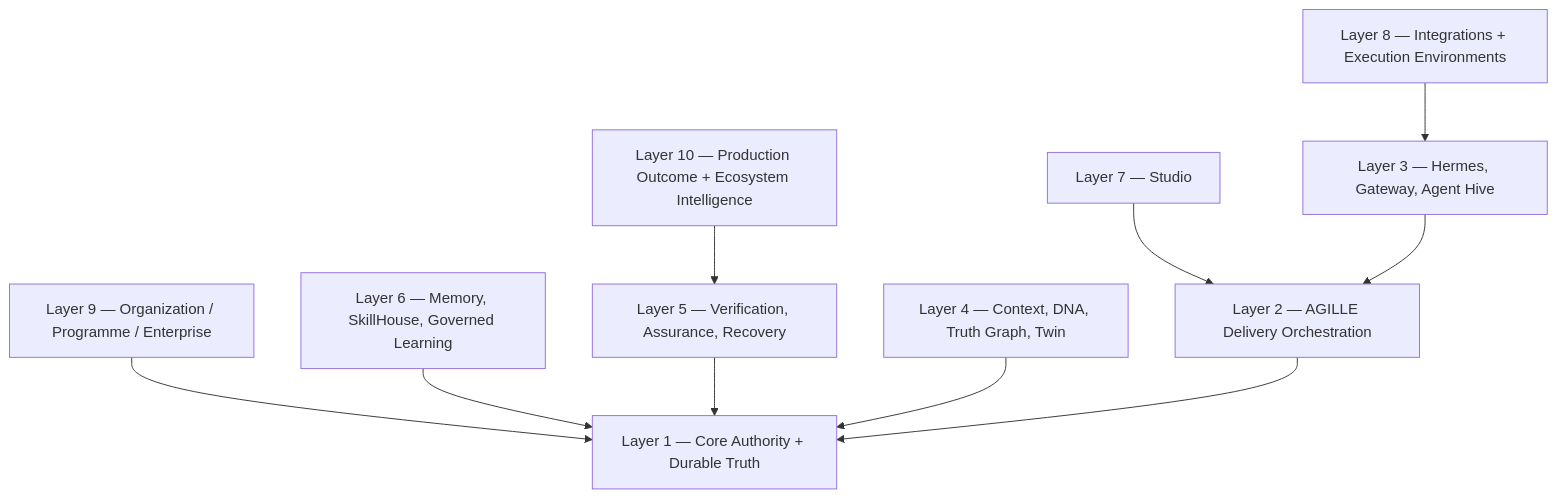
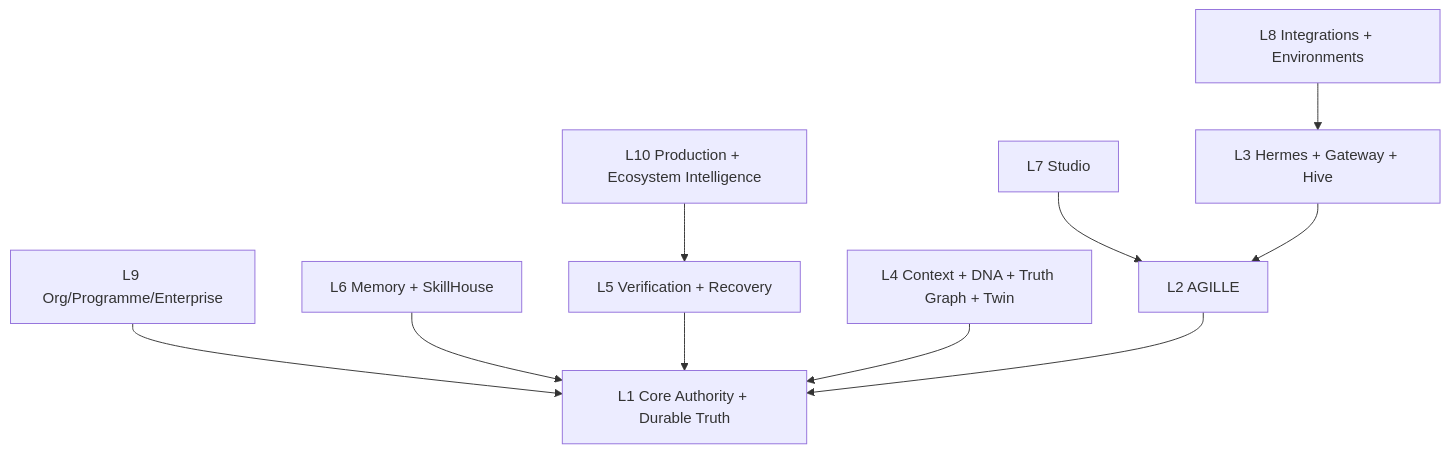
One commit to wepld/wepld changed the first of 2 diagrams in docs/strategy/WEPLD_Product_Architecture_Map.md. Above: the diagram before and after it, drawn with Mermaid. The commit also changed other lines of this file and 7 other files, not shown here.

````diff
--- a/docs/strategy/WEPLD_Product_Architecture_Map.md
+++ b/docs/strategy/WEPLD_Product_Architecture_Map.md
@@ -7,13 +19,13 @@
 ```mermaid
 flowchart TB
-    L7[Layer 7 — Studio] --> L2
-    L9[Layer 9 — Organization / Programme / Enterprise] --> L1
-    L10[Layer 10 — Production Outcome + Ecosystem Intelligence] --> L5
-    L6[Layer 6 — Memory, SkillHouse, Governed Learning] --> L1
-    L5[Layer 5 — Verification, Assurance, Recovery] --> L1
-    L4[Layer 4 — Context, DNA, Truth Graph, Twin] --> L1
-    L3[Layer 3 — Hermes, Gateway, Agent Hive] --> L2
-    L8[Layer 8 — Integrations + Execution Environments] --> L3
-    L2[Layer 2 — AGILLE Delivery Orchestration] --> L1
-    L1[Layer 1 — Core Authority + Durable Truth]
+    L7[L7 Studio] --> L2
+    L9[L9 Org/Programme/Enterprise] --> L1
+    L10[L10 Production + Ecosystem Intelligence] --> L5
+    L6[L6 Memory + SkillHouse] --> L1
+    L5[L5 Verification + Recovery] --> L1
+    L4[L4 Context + DNA + Truth Graph + Twin] --> L1
+    L3[L3 Hermes + Gateway + Hive] --> L2
+    L8[L8 Integrations + Environments] --> L3
+    L2[L2 AGILLE] --> L1
+    L1[L1 Core Authority + Durable Truth]
 ```
````
